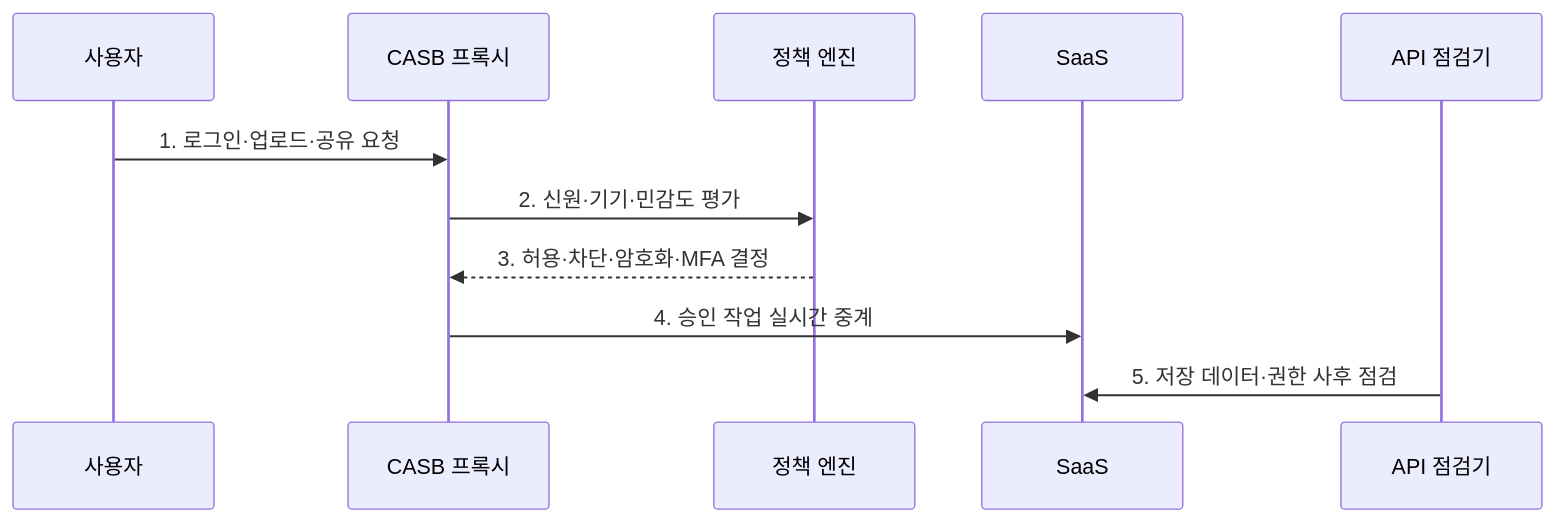
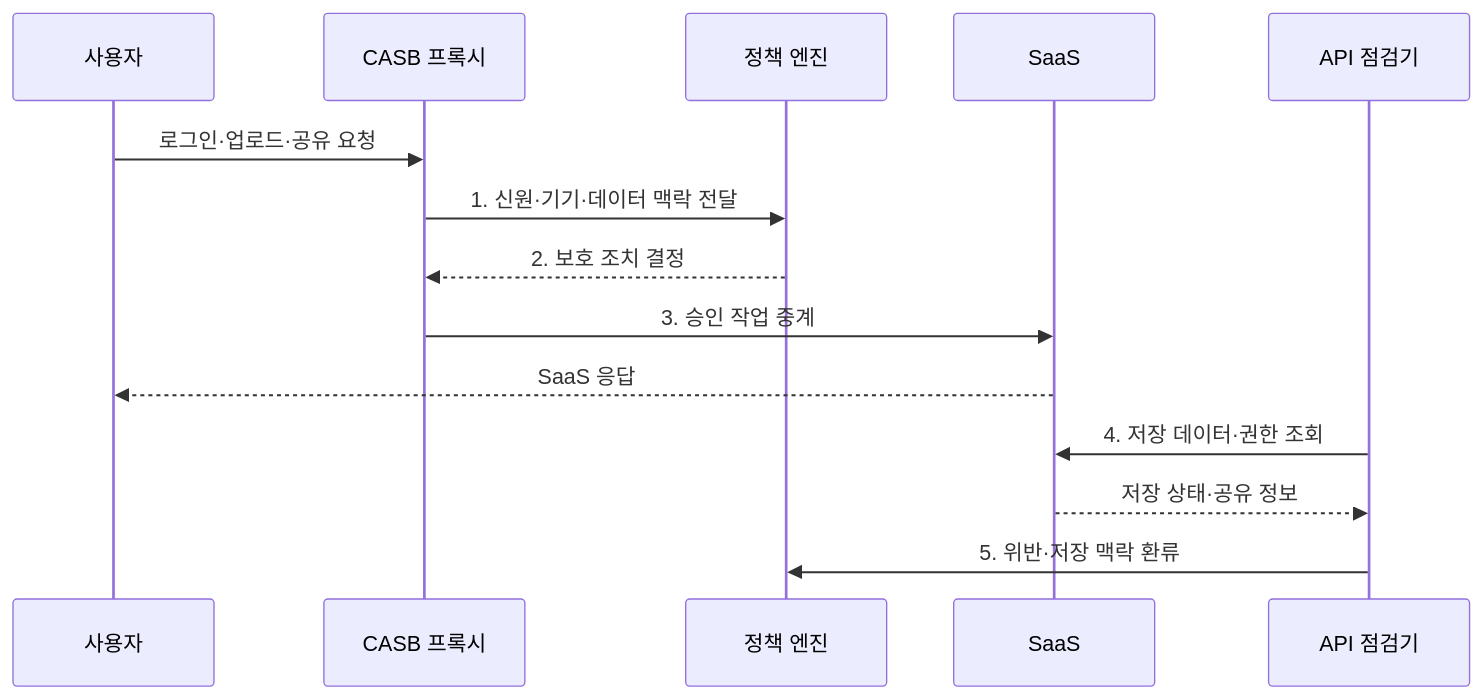
The second of 2 diagrams in src/content/docs/notes/05-security/072_casb.md (agnusdei1207/knowledge-base), drawn with Mermaid before and after one commit. The commit also changed other lines of this file and 20 other files, not shown here.

````diff
--- a/src/content/docs/notes/05-security/072_casb.md
+++ b/src/content/docs/notes/05-security/072_casb.md
@@ -87,13 +93,16 @@
 ```mermaid
 sequenceDiagram
     participant U as 사용자
     participant P as CASB 프록시
     participant E as 정책 엔진
     participant S as SaaS
     participant A as API 점검기
-    U->>P: 1. 로그인·업로드·공유 요청
-    P->>E: 2. 신원·기기·민감도 평가
-    E-->>P: 3. 허용·차단·암호화·MFA 결정
-    P->>S: 4. 승인 작업 실시간 중계
-    A->>S: 5. 저장 데이터·권한 사후 점검
+    U->>P: 로그인·업로드·공유 요청
+    P->>E: 1. 신원·기기·데이터 맥락 전달
+    E-->>P: 2. 보호 조치 결정
+    P->>S: 3. 승인 작업 중계
+    S-->>U: SaaS 응답
+    A->>S: 4. 저장 데이터·권한 조회
+    S-->>A: 저장 상태·공유 정보
+    A->>E: 5. 위반·저장 맥락 환류
 ```
````
